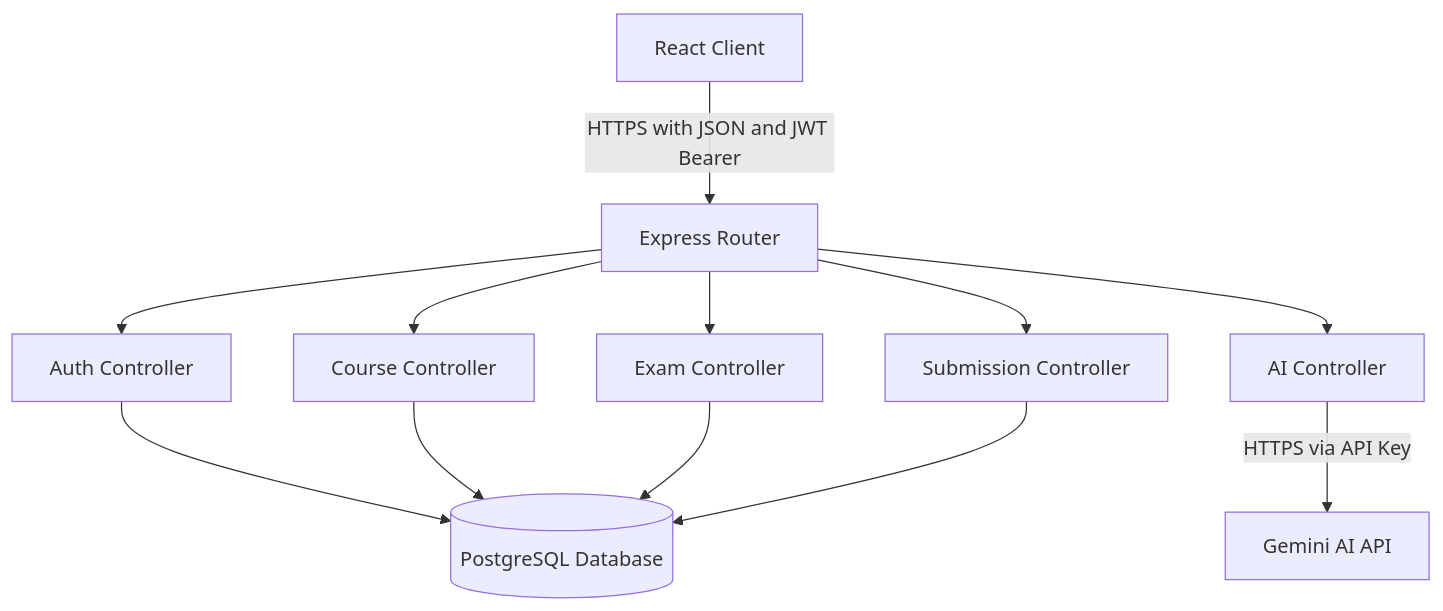
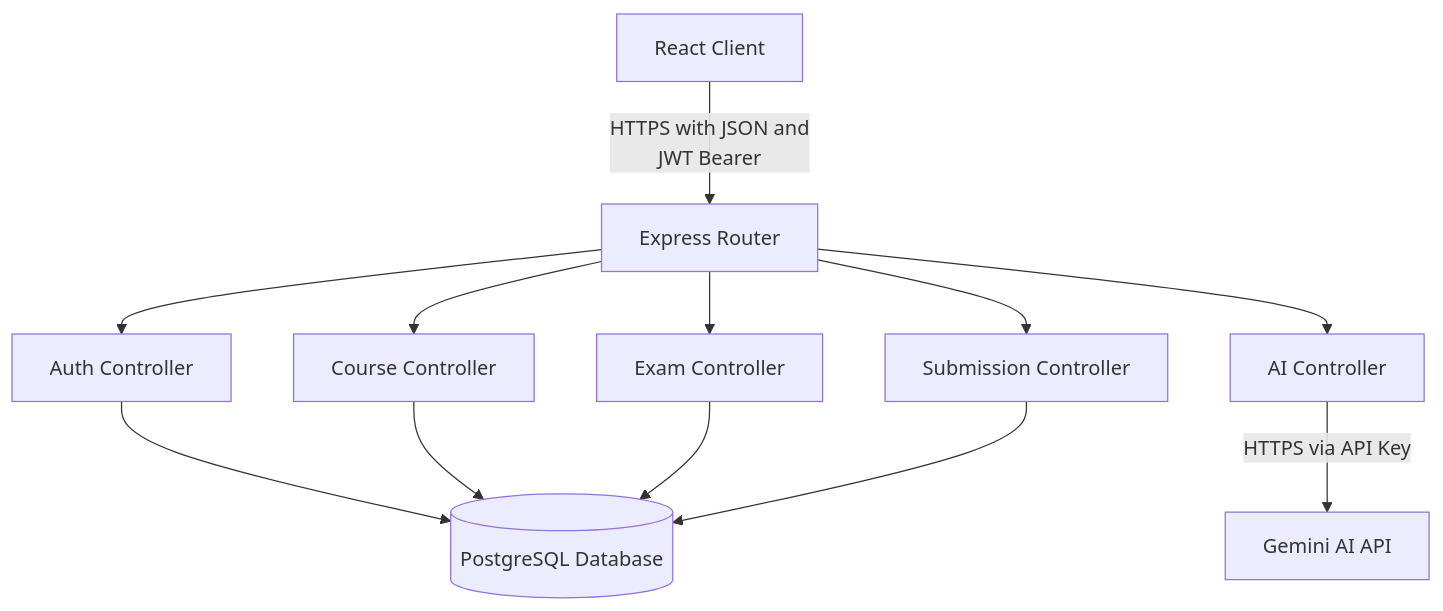
Before and after one commit to Nashd31/ExamApp: the first of 5 diagrams in README.md, drawn with Mermaid.

Commit message:
Final README

````diff
--- a/README.md
+++ b/README.md
@@ -55,7 +55,7 @@
 ```mermaid
 graph TD
-    UI[React Client] -- "HTTPS with JSON and JWT Bearer" --> Router[Express Router]
+    UI[React Client] -- "HTTPS with JSON and<br/>JWT Bearer" --> Router[Express Router]
     Router --> AuthCtrl[Auth Controller] & CourseCtrl[Course Controller] & ExamCtrl[Exam Controller] & SubCtrl[Submission Controller] & AICtrl[AI Controller]
     AuthCtrl & CourseCtrl & ExamCtrl & SubCtrl --> DB[(PostgreSQL Database)]
     AICtrl -- "HTTPS via API Key" --> Gemini[Gemini AI API]
 ```
````
